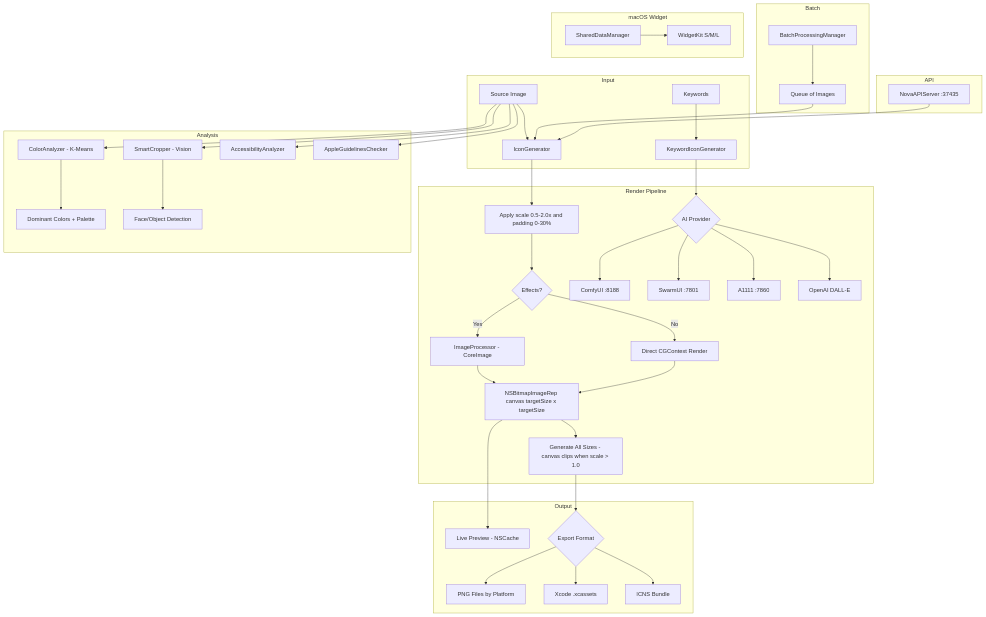
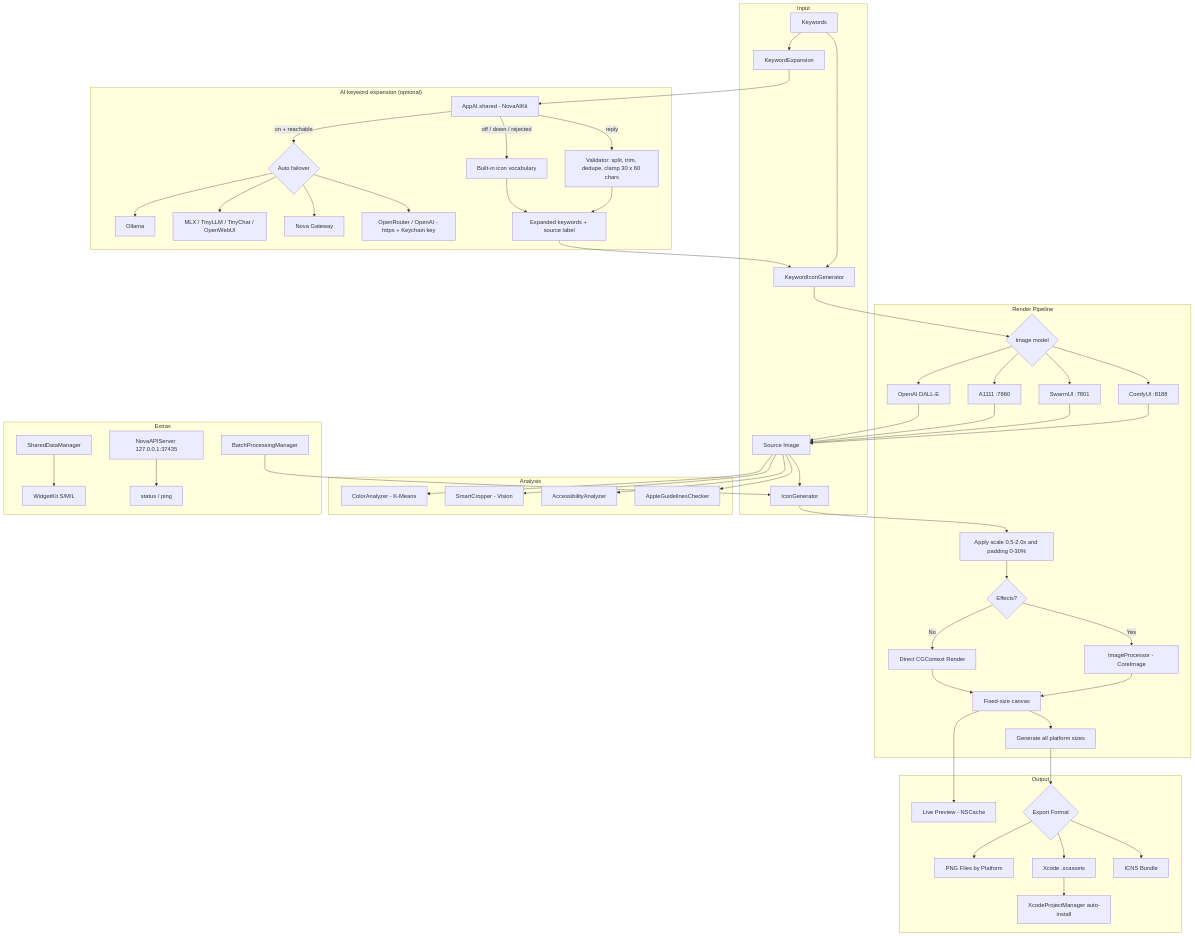
One commit to kochj23/icon-creator changed the first of 3 diagrams in README.md. Above: the diagram before and after it, drawn with Mermaid. The commit also changed other lines of this file and 39 other files, not shown here.

````diff
--- a/README.md
+++ b/README.md
@@ -21,52 +48,60 @@
 ```mermaid
 graph TD
     subgraph Input
         A[Source Image] --> B[IconGenerator]
-        C[Keywords] --> D[KeywordIconGenerator]
+        C[Keywords] --> KX[KeywordExpansion]
+        C --> D[KeywordIconGenerator]
     end
 
-    subgraph Processing["Render Pipeline"]
+    subgraph AI["AI keyword expansion (optional)"]
+        KX --> AI1[AppAI.shared - NovaAIKit]
+        AI1 -->|on + reachable| BK{Auto failover}
+        BK --> O1[Ollama]
+        BK --> O2[MLX / TinyLLM / TinyChat / OpenWebUI]
+        BK --> O3[Nova Gateway]
+        BK --> O4[OpenRouter / OpenAI - https + Keychain key]
+        AI1 -->|reply| VAL[Validator: split, trim, dedupe, clamp 30 x 60 chars]
+        AI1 -->|off / down / rejected| FB[Built-in icon vocabulary]
+        VAL --> EXP[Expanded keywords + source label]
+        FB --> EXP
+    end
+
+    subgraph Render["Render Pipeline"]
         B --> SP[Apply scale 0.5-2.0x and padding 0-30%]
         SP --> E{Effects?}
         E -->|Yes| F[ImageProcessor - CoreImage]
         E -->|No| G[Direct CGContext Render]
-        F --> CV[NSBitmapImageRep canvas targetSize x targetSize]
+        F --> CV[Fixed-size canvas]
         G --> CV
-        CV --> H[Generate All Sizes - canvas clips when scale > 1.0]
-        D --> I{AI Provider}
+        CV --> H[Generate all platform sizes]
+        EXP --> D
+        D --> I{Image model}
         I --> J[ComfyUI :8188]
         I --> K[SwarmUI :7801]
         I --> L[A1111 :7860]
         I --> M[OpenAI DALL-E]
+        J & K & L & M --> A
     end
 
     subgraph Output
         CV --> PV[Live Preview - NSCache]
         H --> N{Export Format}
         N --> O[PNG Files by Platform]
         N --> P[Xcode .xcassets]
         N --> Q[ICNS Bundle]
+        P --> XP[XcodeProjectManager auto-install]
     end
 
     subgraph Analysis
         A --> R[ColorAnalyzer - K-Means]
-        R --> S[Dominant Colors + Palette]
         A --> T[SmartCropper - Vision]
-        T --> U[Face/Object Detection]
         A --> V[AccessibilityAnalyzer]
         A --> W[AppleGuidelinesChecker]
     end
 
-    subgraph Batch
-        X[BatchProcessingManager] --> Y[Queue of Images]
-        Y --> B
-    end
-
-    subgraph Widget["macOS Widget"]
+    subgraph Extras
+        X[BatchProcessingManager] --> B
         Z[SharedDataManager] --> AA[WidgetKit S/M/L]
-    end
-
-    subgraph API
-        AB[NovaAPIServer :37435] --> B
+        AB[NovaAPIServer 127.0.0.1:37435] --> ST[status / ping]
     end
 ```
````
